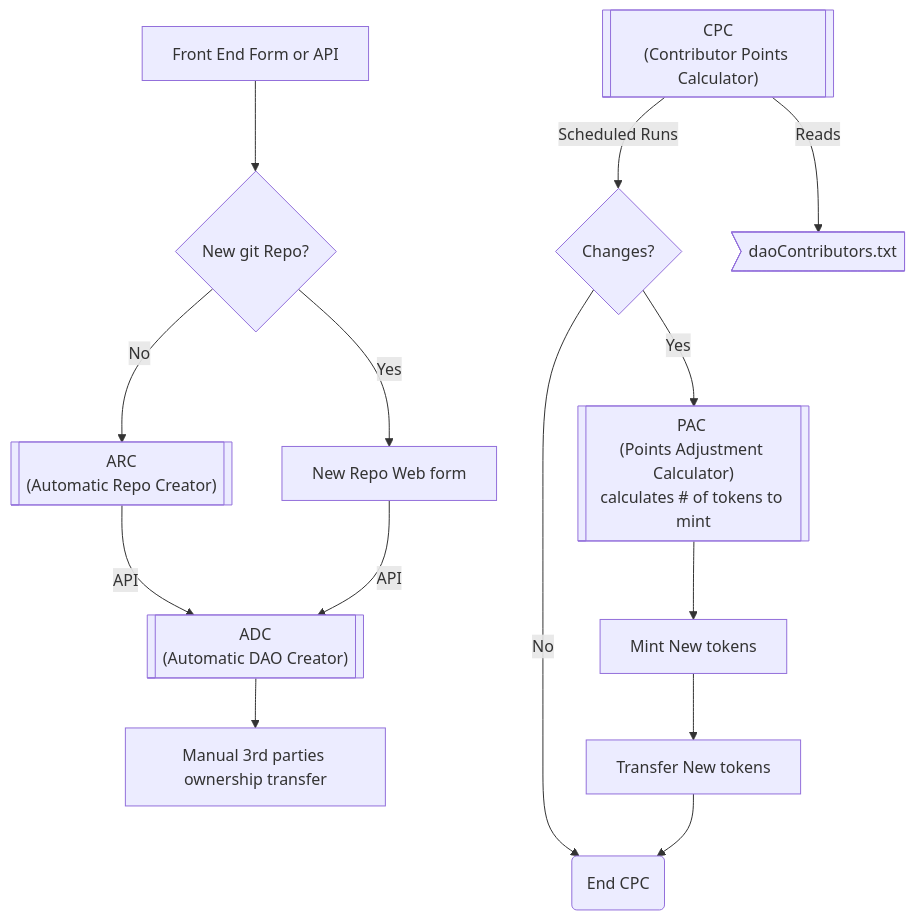
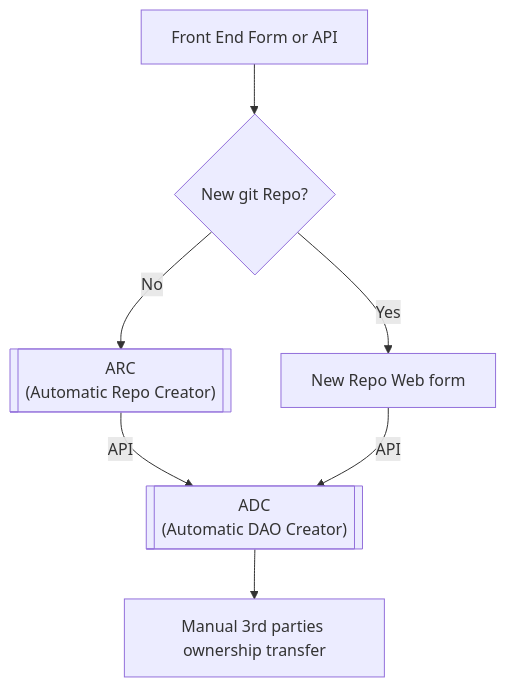
One commit to treboryatska/gitdao changed the first of 2 diagrams in README.md. Above: the diagram before and after it, drawn with Mermaid. The commit also changed other lines of this file and 1 other file, not shown here.

````diff
--- a/README.md
+++ b/README.md
@@ -67,28 +66,15 @@
 ```mermaid
 graph TD;
     FE(Front End Form or API)
     Q1{New git Repo?}
     NRWF[New Repo Web form]
     ARC[["ARC <br> (Automatic Repo Creator)"]]
     ADC[["ADC <br> (Automatic DAO Creator)"]]
     M3P[Manual 3rd parties ownership transfer]
     FE[Front End Form or API] --> Q1
     Q1 -->|Yes| NRWF
     Q1 -->|No| ARC
     ARC -->|API| ADC
     NRWF -->|API| ADC
     ADC --> M3P
-    ENDCPC("End CPC")
-
-    CPC[["CPC<br>(Contributor Points Calculator)"]]
-    CPC -->|Scheduled Runs| CChanges
-    CChanges{Changes?}
-    CChanges -->|No| ENDCPC
-    CChanges -->|Yes| PAC
-    PAC[[" PAC <br>(Points Adjustment Calculator)<br>calculates # of tokens to mint"]]--> Mint
-    Mint[Mint New tokens] --> Transfer
-    Transfer[Transfer New tokens] --> ENDCPC
-    
-    CPC -->|Reads| daoContributors
-    daoContributors>"daoContributors.txt"]
 ```
````
